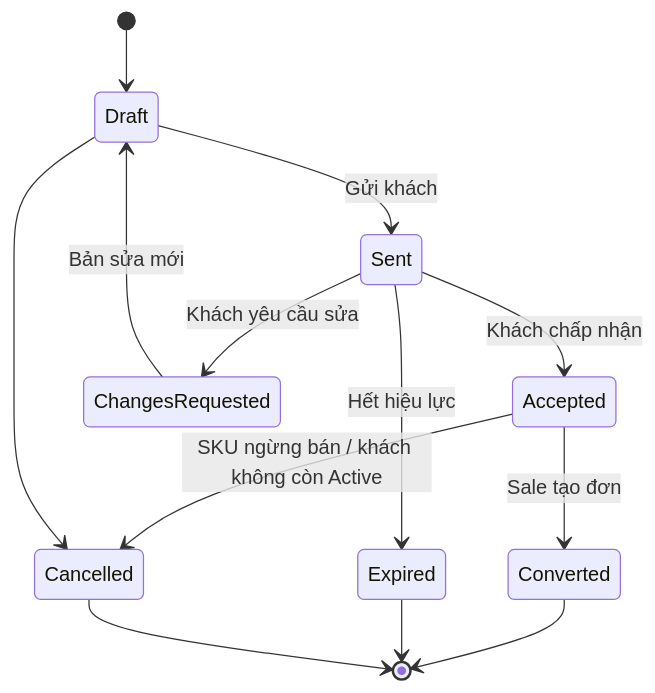
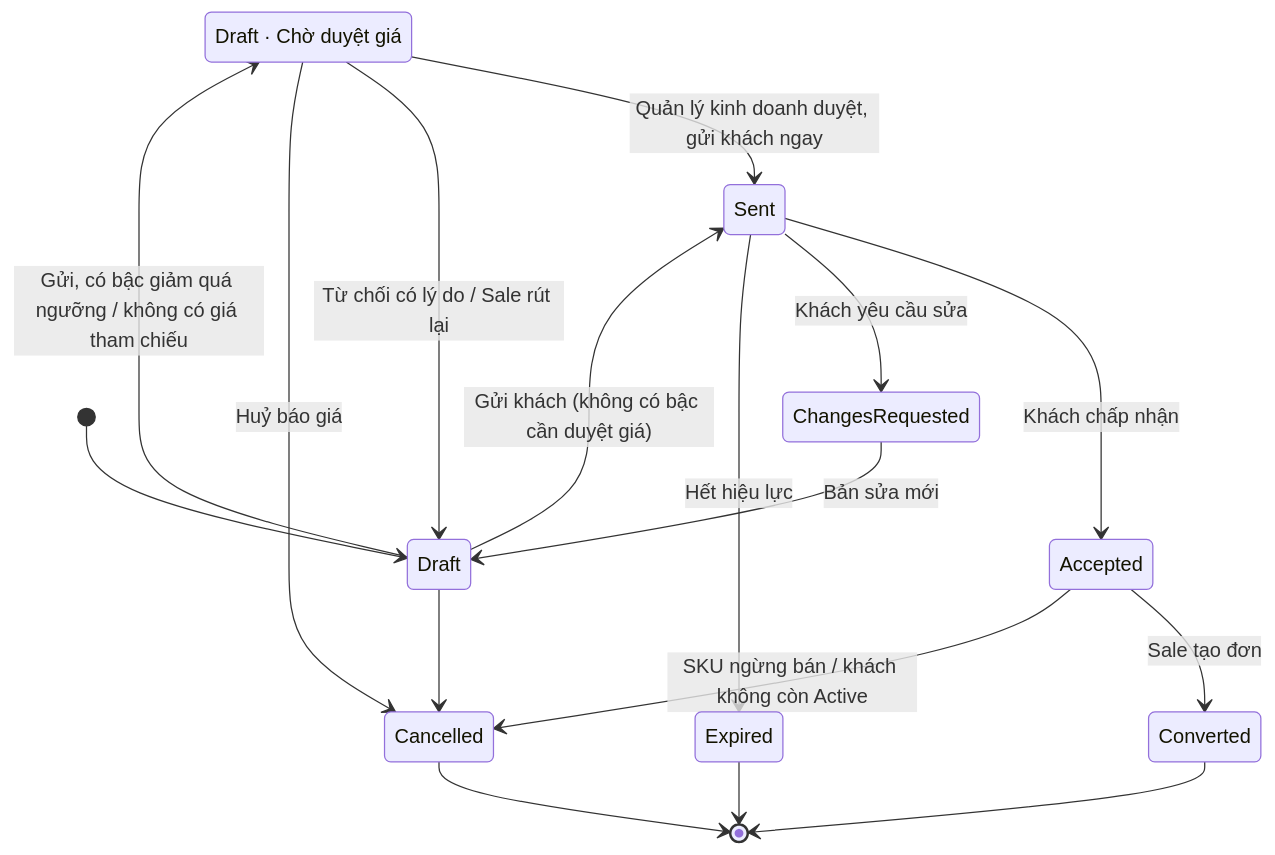
One commit to KLTN-FA26/docs changed the first of 3 diagrams in docs/ecommerce/14-cart-and-order/README.md. Above: the diagram before and after it, drawn with Mermaid. The commit also changed other lines of this file and 10 other files, not shown here.

First line of the commit message:
docs(13,14): giá chuẩn của quy cách và duyệt giá báo giá

````diff
--- a/docs/ecommerce/14-cart-and-order/README.md
+++ b/docs/ecommerce/14-cart-and-order/README.md
@@ -205,15 +218,20 @@
 ```mermaid
 stateDiagram-v2
+    state "Draft · Chờ duyệt giá" as PriceReview
     [*] --> Draft
-    Draft --> Sent: Gửi khách
+    Draft --> Sent: Gửi khách (không có bậc cần duyệt giá)
+    Draft --> PriceReview: Gửi, có bậc giảm quá ngưỡng / không có giá tham chiếu
+    PriceReview --> Sent: Quản lý kinh doanh duyệt, gửi khách ngay
+    PriceReview --> Draft: Từ chối có lý do / Sale rút lại
+    PriceReview --> Cancelled: Huỷ báo giá
     Sent --> Accepted: Khách chấp nhận
     Sent --> ChangesRequested: Khách yêu cầu sửa
     ChangesRequested --> Draft: Bản sửa mới
     Sent --> Expired: Hết hiệu lực
     Accepted --> Converted: Sale tạo đơn
     Accepted --> Cancelled: SKU ngừng bán / khách không còn Active
     Draft --> Cancelled
     Converted --> [*]
     Expired --> [*]
     Cancelled --> [*]
 ```
````
